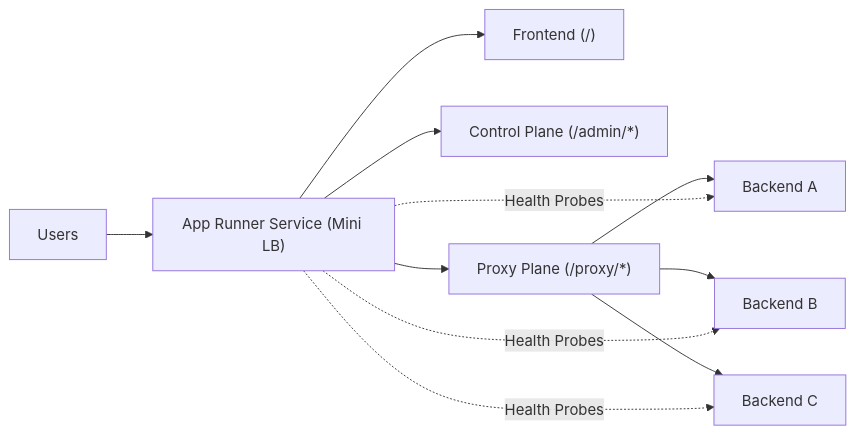
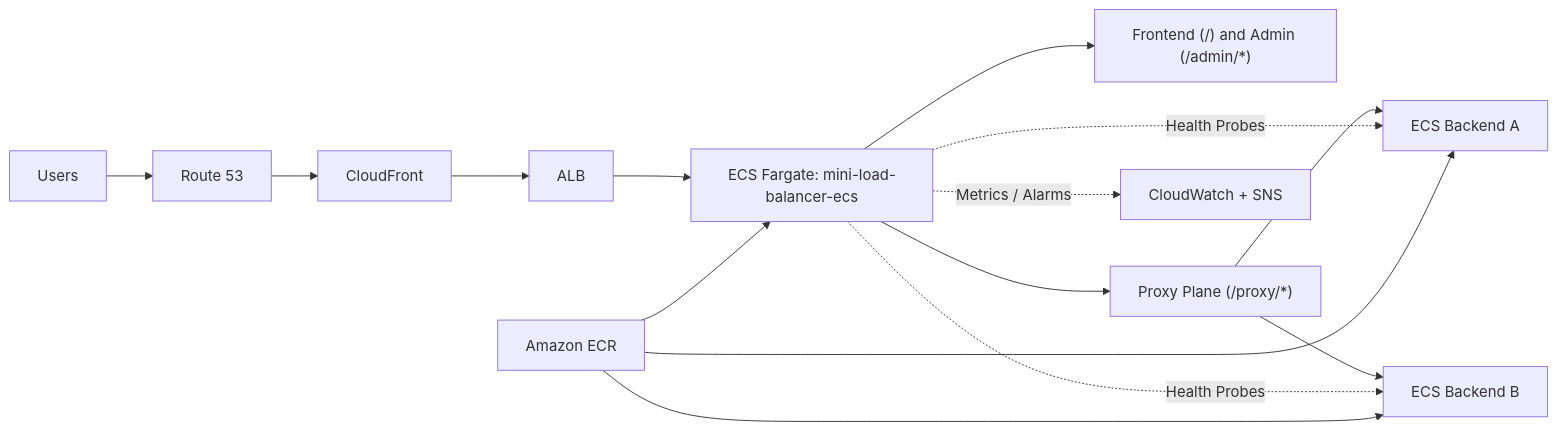
Before and after one commit to MohammedVep/mini-load-balancer: the diagram in README.md, drawn with Mermaid. The commit also changed other lines of this file and 10 other files, not shown here.

````diff
--- a/README.md
+++ b/README.md
@@ -189,13 +158,17 @@
 ```mermaid
 flowchart LR
-    U["Users"] --> A["App Runner Service (Mini LB)"]
-    A --> F["Frontend (/)"]
-    A --> C["Control Plane (/admin/*)"]
-    A --> P["Proxy Plane (/proxy/*)"]
-    P --> B1["Backend A"]
-    P --> B2["Backend B"]
-    P --> B3["Backend C"]
-    A -. "Health Probes" .-> B1
-    A -. "Health Probes" .-> B2
-    A -. "Health Probes" .-> B3
+    U["Users"] --> R53["Route 53"]
+    R53 --> CF["CloudFront"]
+    CF --> ALB["ALB"]
+    ALB --> LB["ECS Fargate: mini-load-balancer-ecs"]
+    LB --> FE["Frontend (/) and Admin (/admin/*)"]
+    LB --> PX["Proxy Plane (/proxy/*)"]
+    PX --> B1["ECS Backend A"]
+    PX --> B2["ECS Backend B"]
+    LB -. "Health Probes" .-> B1
+    LB -. "Health Probes" .-> B2
+    LB -. "Metrics / Alarms" .-> CW["CloudWatch + SNS"]
+    ECR["Amazon ECR"] --> LB
+    ECR --> B1
+    ECR --> B2
 ```
````
